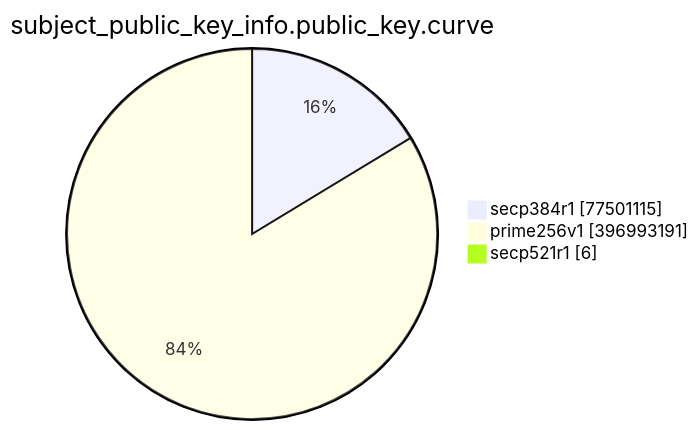
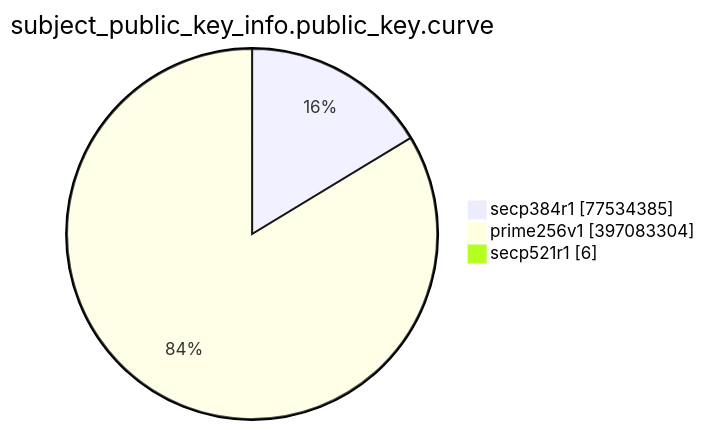
One commit to christiankrug/ctmonitor_visualization changed the eighth of 15 diagrams in TOTAL/README.md. Above: the diagram before and after it, drawn with Mermaid. The commit also changed other lines of this file, not shown here.

````diff
--- a/TOTAL/README.md
+++ b/TOTAL/README.md
@@ -3095,7 +3095,7 @@
 ```mermaid
 pie showData
 title subject_public_key_info.public_key.curve
-"secp384r1" :77501115
-"prime256v1" :396993191
+"secp384r1" :77534385
+"prime256v1" :397083304
 "secp521r1" :6
 ```
````
